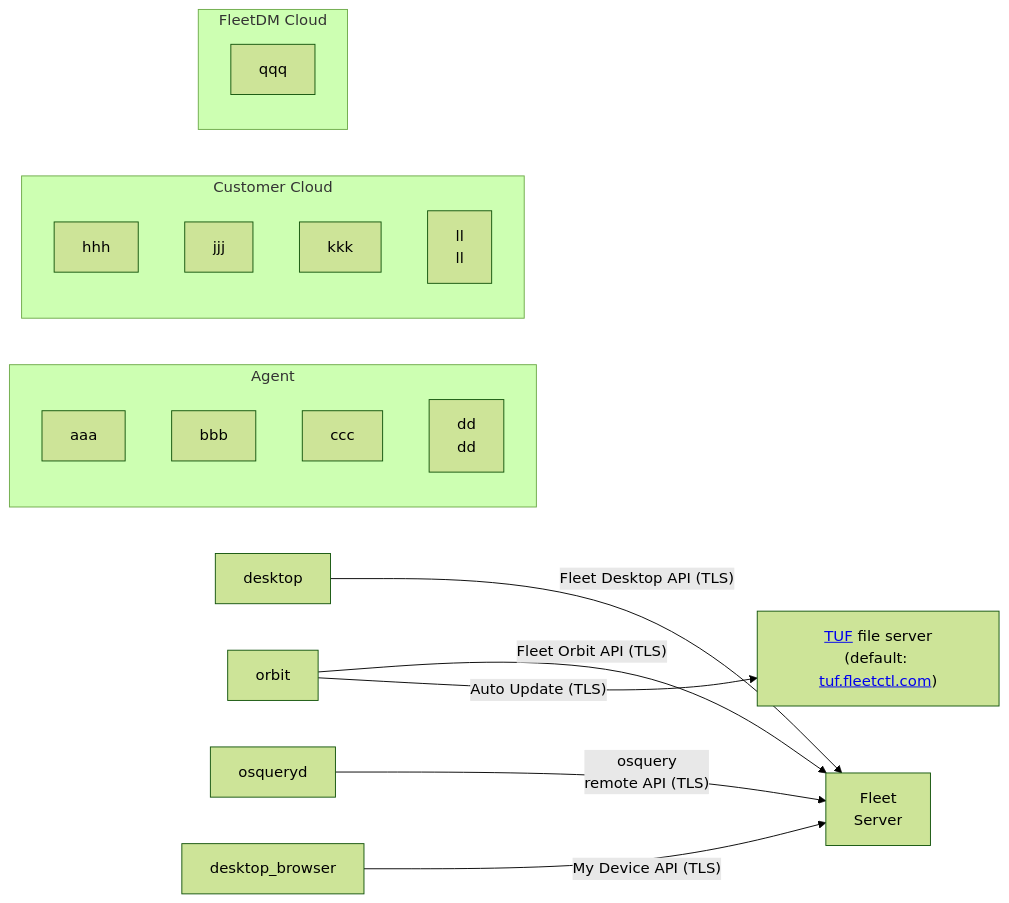
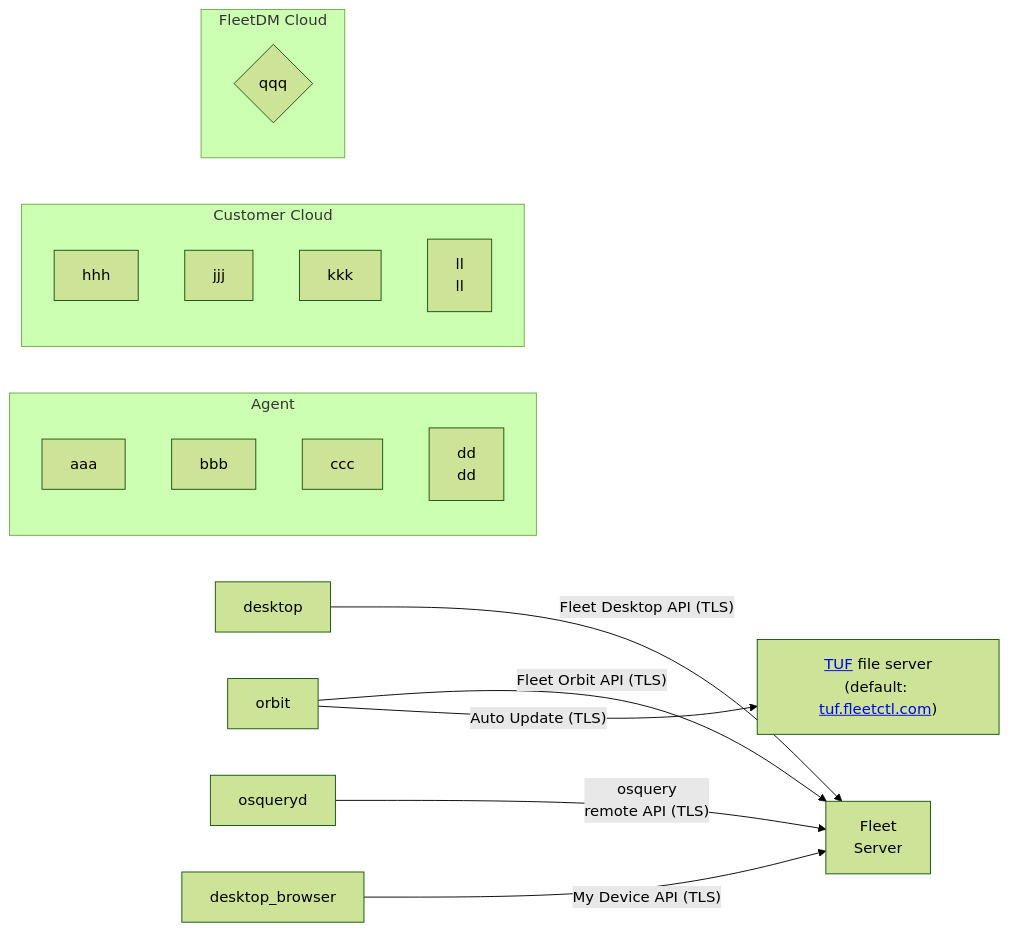
Before and after one commit to fleetdm/fleet: the diagram in docs/Contributing/high-level-architecture.md, drawn with Mermaid (forest theme).

````diff
--- a/docs/Contributing/high-level-architecture.md
+++ b/docs/Contributing/high-level-architecture.md
@@ -12,30 +12,30 @@
 ```mermaid
 graph LR;
     tuf["<a href=https://theupdateframework.io/>TUF</a> file server<br>(default: <a href=https://tuf.fleetctl.com>tuf.fleetctl.com</a>)"];
     fleet_server[Fleet<br>Server];
 
     subgraph Agent
         aaa[aaa];
         bbb[bbb];
         ccc[ccc];
         ddd[dd<br> dd];
     end
 
     subgraph Customer Cloud
         hhh[hhh];
         jjj[jjj];
         kkk[kkk];
         lll[ll<br> ll];
     end
 
     subgraph FleetDM Cloud
-        qqq[qqq];
+        qqq{qqq};
     end
 
     orbit -- "Fleet Orbit API (TLS)" --> fleet_server;
     desktop -- "Fleet Desktop API (TLS)" --> fleet_server;
     osqueryd -- "osquery<br>remote API (TLS)" --> fleet_server;
     desktop_browser -- "My Device API (TLS)" --> fleet_server;
 
     orbit -- "Auto Update (TLS)" --> tuf;
 ```
````
